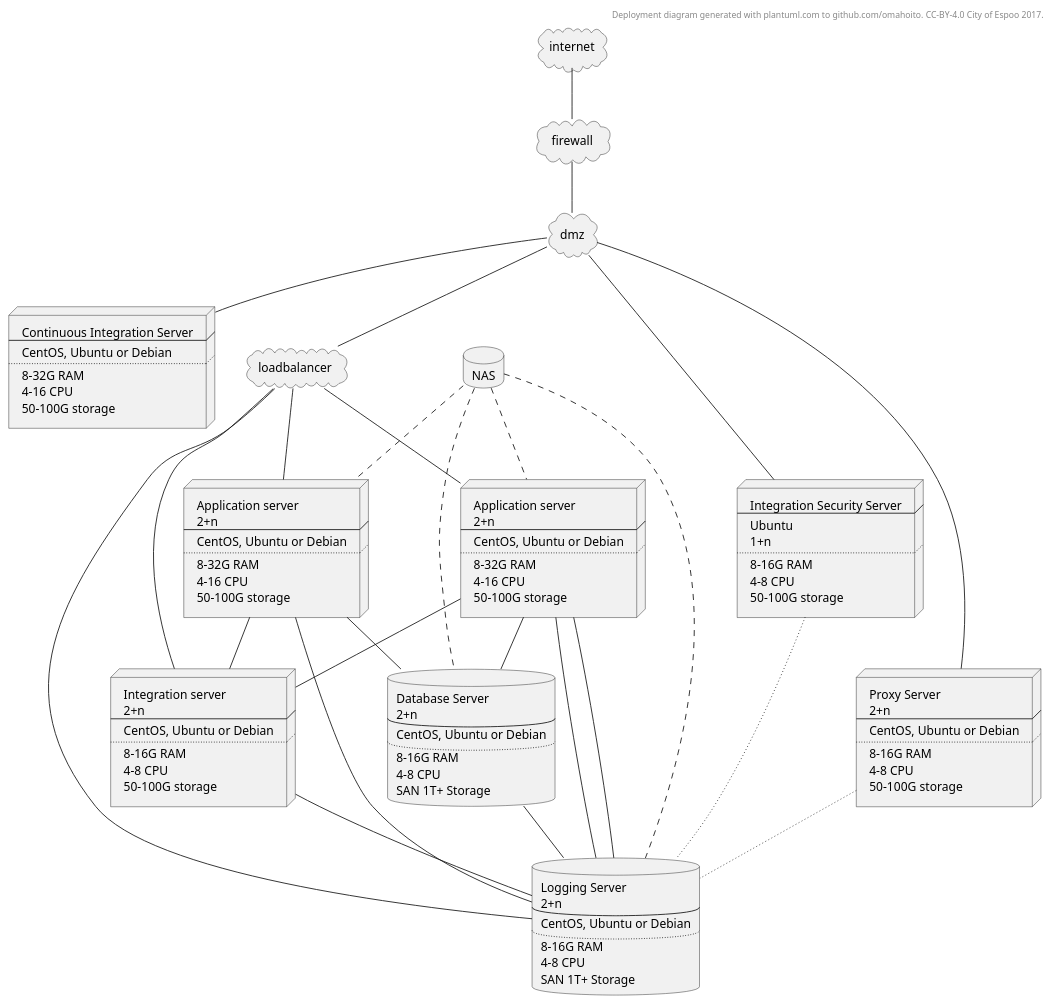
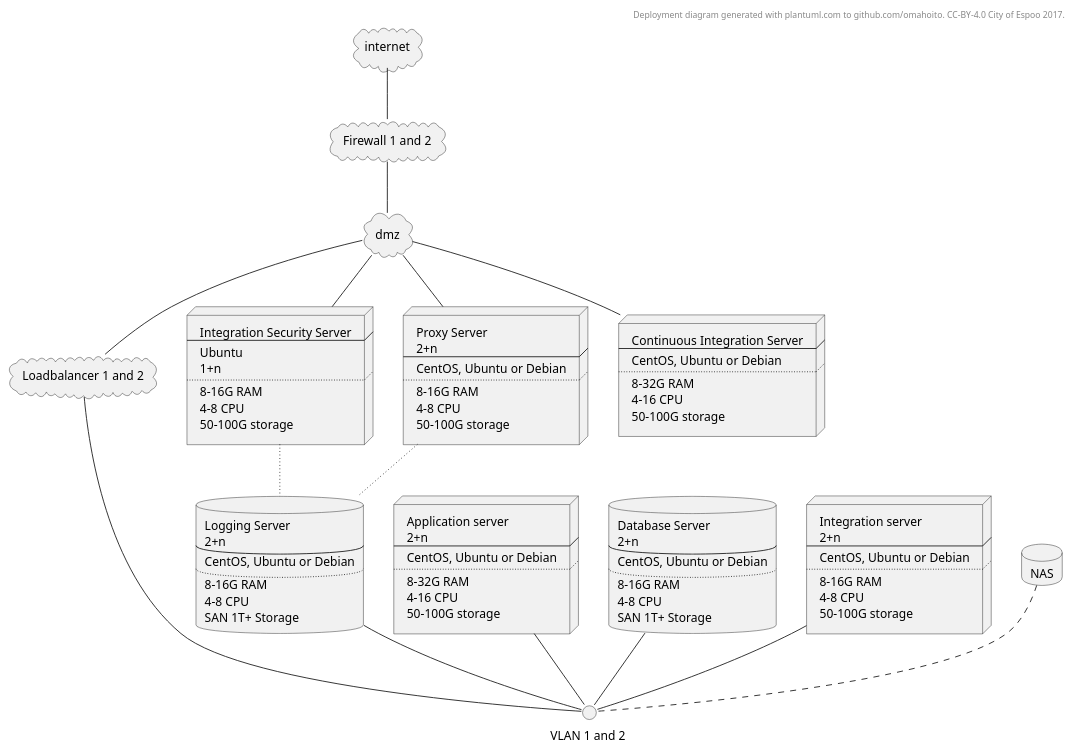
Before and after one commit to ruoat/definitions: the diagram in deployment.MD, drawn with PlantUML.

```diff
--- a/deployment.MD
+++ b/deployment.MD
@@ -4,20 +4,17 @@
 endheader
 
 cloud internet
-cloud firewall
+cloud firewall [ 
+Firewall 1 and 2
+]
 cloud dmz
-cloud loadbalancer
+cloud loadbalancer1 [ 
+Loadbalancer 1 and 2
+]
+interface VLAN1 [
+VLAN 1 and 2 
+]
 node nodeas1 [
-Application server 
-2+n
-----
-CentOS, Ubuntu or Debian
-....
-8-32G RAM
-4-16 CPU
-50-100G storage
-]
-node nodeas2 [
 Application server 
 2+n
 ----
@@ -90,27 +87,18 @@
 
 internet -- firewall
 firewall -- dmz 
-dmz -- loadbalancer 
+dmz -- loadbalancer1 
+
 dmz -- nodeci
 dmz -- nodeproxy
-loadbalancer -- nodeas1
-nodeas1 -- database1
-nodeas1 -- nodeintegration2
-nodeas1 -- logging1
-loadbalancer -- nodeas2
-nodeas2 -- database1
 dmz -- nodeintegration1
-loadbalancer -- nodeintegration2
-nodeas2 -- nodeintegration2
 nodeintegration1 ~~ logging1
 nodeproxy ~~ logging1
-nodeas1 -- logging1
-loadbalancer -- logging1
-database1 -- logging1
-nodeintegration2 -- logging1
-nodeas2 -- logging1
-NAS .. nodeas1
-NAS .. nodeas2
-NAS .. logging1
-NAS .. database1
+
+loadbalancer1 -- VLAN1
+database1 -- VLAN1
+nodeintegration2 -- VLAN1
+logging1 -- VLAN1
+nodeas1 -- VLAN1
+NAS .. VLAN1
 @enduml
```
